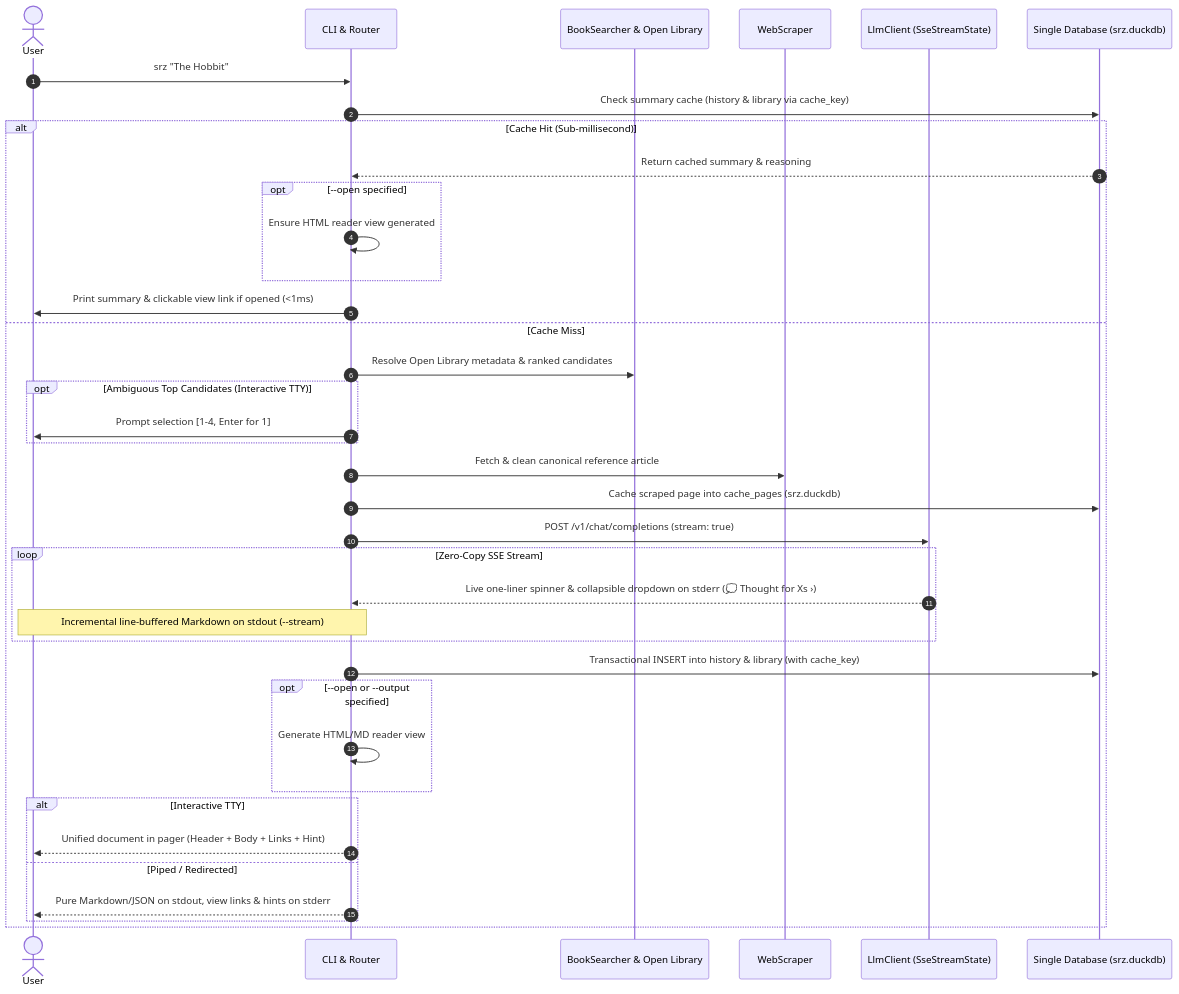
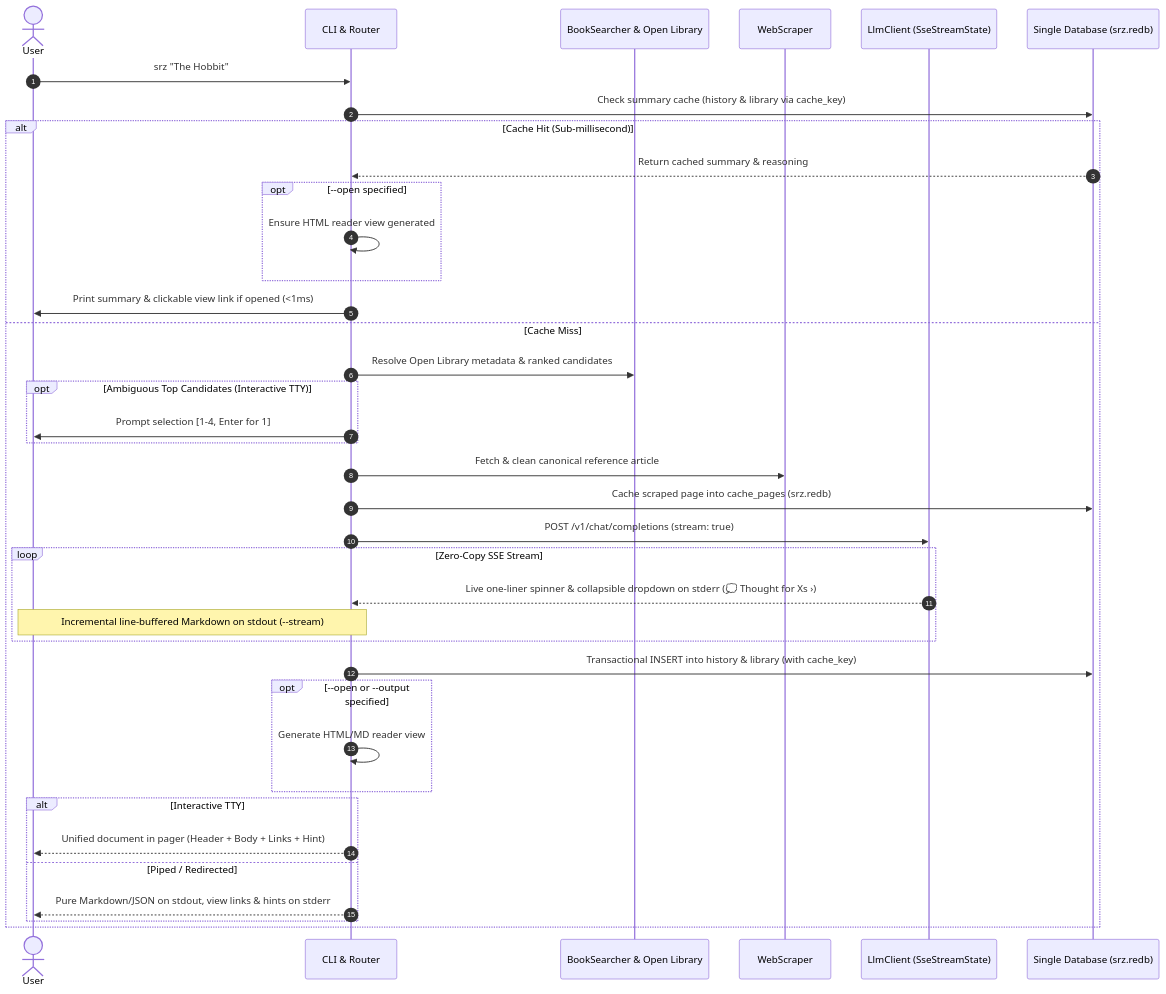
One commit to NewGuy012/srz changed the second of 4 diagrams in docs/src/architecture.md. Above: the diagram before and after it, drawn with Mermaid. The commit also changed other lines of this file and 10 other files, not shown here.

Commit message:
docs: synchronize architecture, CLI reference, and guides with simplified codebase

````diff
--- a/docs/src/architecture.md
+++ b/docs/src/architecture.md
@@ -130,41 +130,41 @@
 ```mermaid
 sequenceDiagram
     autonumber
     actor User
     participant CLI as CLI & Router
     participant Search as BookSearcher & Open Library
     participant Scraper as WebScraper
     participant LLM as LlmClient (SseStreamState)
-    participant DB as Single Database (srz.duckdb)
+    participant DB as Single Database (srz.redb)
 
     User->>CLI: srz "The Hobbit"
     CLI->>DB: Check summary cache (history & library via cache_key)
     alt Cache Hit (Sub-millisecond)
         DB-->>CLI: Return cached summary & reasoning
         opt --open specified
             CLI->>CLI: Ensure HTML reader view generated
         end
         CLI->>User: Print summary & clickable view link if opened (<1ms)
     else Cache Miss
         CLI->>Search: Resolve Open Library metadata & ranked candidates
         opt Ambiguous Top Candidates (Interactive TTY)
             CLI->>User: Prompt selection [1-4, Enter for 1]
         end
         CLI->>Scraper: Fetch & clean canonical reference article
-        CLI->>DB: Cache scraped page into cache_pages (srz.duckdb)
+        CLI->>DB: Cache scraped page into cache_pages (srz.redb)
         CLI->>LLM: POST /v1/chat/completions (stream: true)
         loop Zero-Copy SSE Stream
             LLM-->>CLI: Live one-liner spinner & collapsible dropdown on stderr (💭 Thought for Xs ›)
             Note over CLI,User: Incremental line-buffered Markdown on stdout (--stream)
         end
         CLI->>DB: Transactional INSERT into history & library (with cache_key)
         opt --open or --output specified
             CLI->>CLI: Generate HTML/MD reader view
         end
         alt Interactive TTY
             CLI-->>User: Unified document in pager (Header + Body + Links + Hint)
         else Piped / Redirected
             CLI-->>User: Pure Markdown/JSON on stdout, view links & hints on stderr
         end
     end
 ```
````
